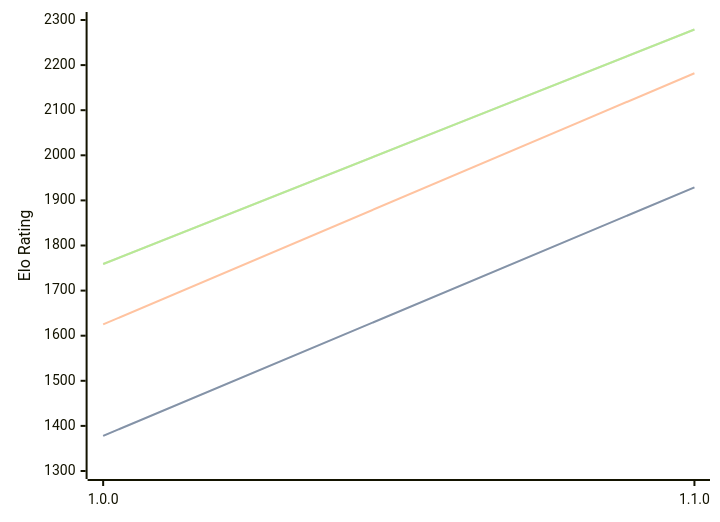
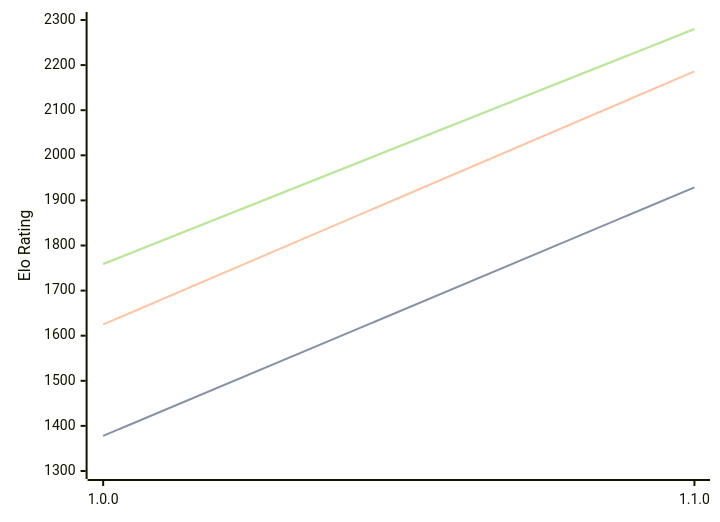
The third of 3 diagrams in engines/Akerbeltz.md (computer-chess-index/cci), drawn with Mermaid before and after one commit. The commit also changed other lines of this file, not shown here.

Commit message:
Update CCI Ratings (ELO VLTC) - 2026-07-08

````diff
--- a/engines/Akerbeltz.md
+++ b/engines/Akerbeltz.md
@@ -65,11 +65,11 @@
 ```mermaid
 %%{init: {"theme":"base","themeVariables":{"seriesColors:['#a3a3a3','#222221','#faa371']}}}%%
 xychart-beta
   x-axis ["1.0.0", "1.1.0"]
   y-axis "Elo Rating" 1300 --> 2300
   line "STC (8.0+0.08s)" [1378, 1929]
   line "STC (8.0+0.08s)" [1378, 1929]
-  line "LTC (60.0+0.60s)" [1625, 2182]
-  line "VLTC (2m24s+1.12s)" [1759, 2279]
-  line "VLTC (2m24s+1.12s)" [1759, 2279]
+  line "LTC (60.0+0.60s)" [1625, 2186]
+  line "VLTC (2m24s+1.12s)" [1759, 2280]
+  line "VLTC (2m24s+1.12s)" [1759, 2280]
 ```
````
